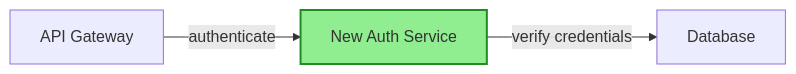
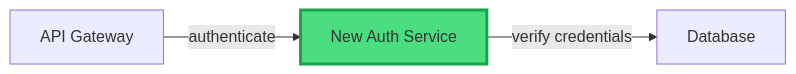
One commit to Smana/scai changed the second of 6 diagrams in .claude/commands/update-pr.md. Above: the diagram before and after it, drawn with Mermaid. The commit also changed other lines of this file and 57 other files, not shown here.

````diff
--- a/.claude/commands/update-pr.md
+++ b/.claude/commands/update-pr.md
@@ -259,11 +178,11 @@
 ```mermaid
 flowchart LR
     api["API Gateway"]
     newService["New Auth Service"]:::new
     db["Database"]
 
     api -- "authenticate" --> newService
     newService -- "verify credentials" --> db
 
-    classDef new fill:#90EE90,stroke:#228B22,stroke-width:2px
+    classDef new fill:#4ADE80,stroke:#16A34A,stroke-width:3px
 ```
````
